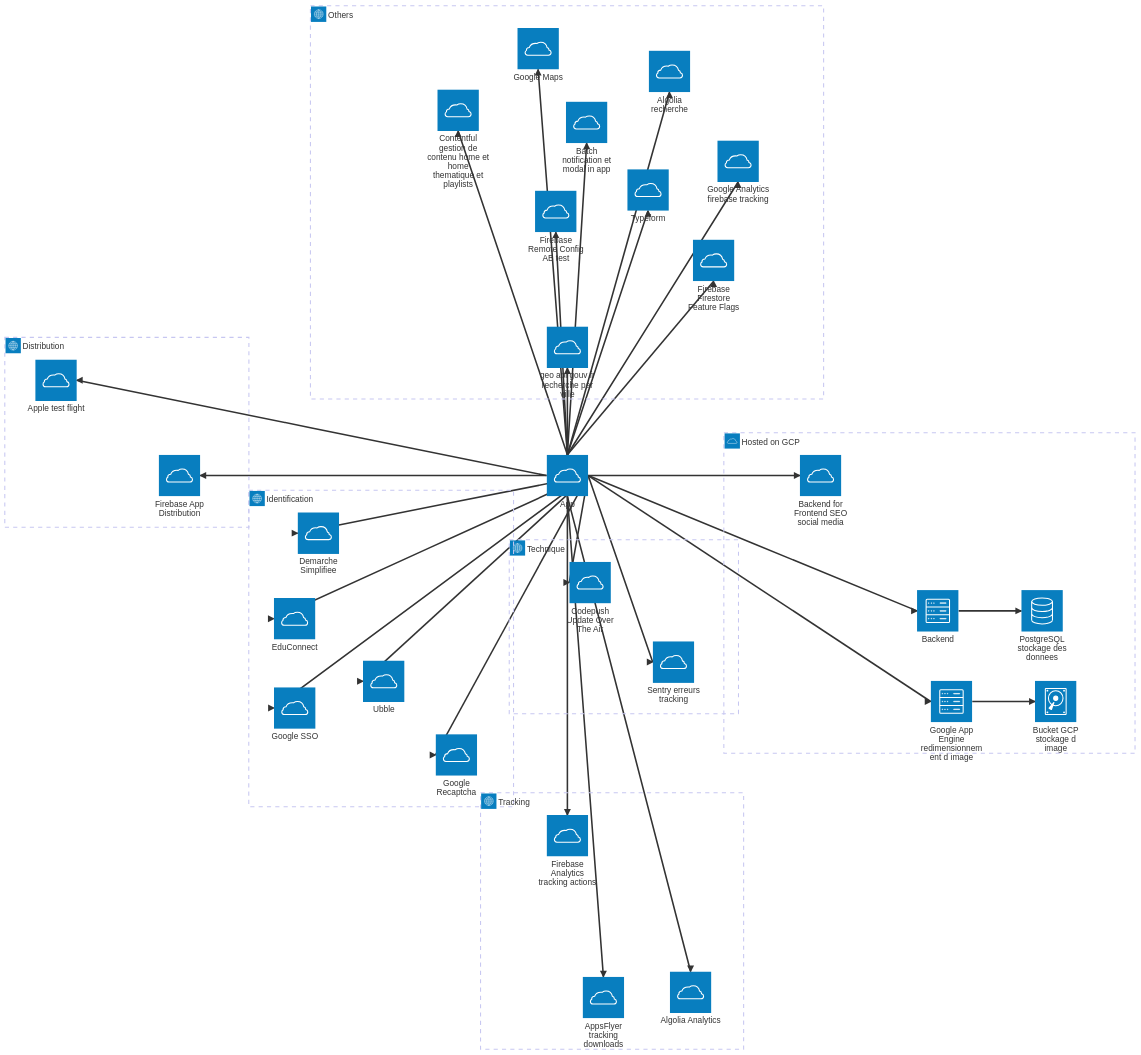
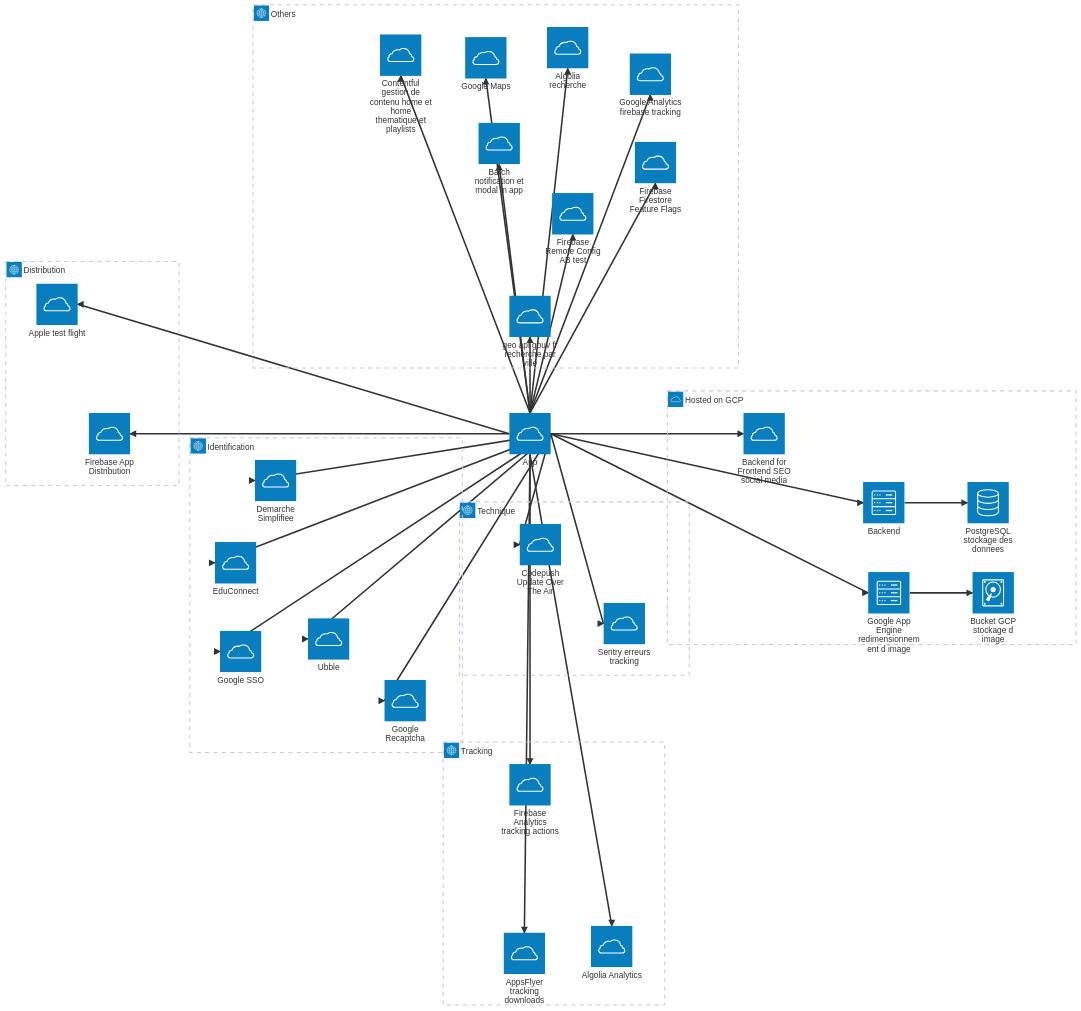
The second of 2 diagrams in doc/architecture/2_input-output-externe.md (pass-culture/pass-culture-app-native), drawn with Mermaid before and after one commit. The commit also changed other lines of this file and 2 other files, not shown here.

Commit message:
Remove last references to typeform

````diff
--- a/doc/architecture/2_input-output-externe.md
+++ b/doc/architecture/2_input-output-externe.md
@@ -50,77 +49,75 @@
 ```mermaid
 architecture-beta
   group technique(internet)[Technique]
   group distribution(internet)[Distribution]
   group identification(internet)[Identification]
   group tracking(internet)[Tracking]
   group hosted_on_GCP(cloud)[Hosted on GCP]
   group others(internet)[Others]
 
   service App(cloud)[App]
 
   service Google_Recaptcha(cloud)[Google Recaptcha] in identification
   service Ubble(cloud)[Ubble] in identification
   service Google(cloud)[Google SSO] in identification
   service Educonnect(cloud)[EduConnect] in identification
   service DMS(cloud)[Demarche Simplifiee] in identification
 
   App:R --> L:Google_Recaptcha
   App:R --> L:Ubble
   App:R --> L:Google
   App:R --> L:Educonnect
   App:R --> L:DMS
 
   service Algolia_Analytics(cloud)[Algolia Analytics] in tracking
   service AppsFlyer(cloud)[AppsFlyer tracking downloads] in tracking
   service Firebase_Analytics(cloud)[Firebase Analytics tracking actions] in tracking
 
   App:B --> T:Algolia_Analytics
   App:B --> T:AppsFlyer
   App:B --> T:Firebase_Analytics
 
   service Sentry(cloud)[Sentry erreurs tracking] in technique
   service Codepush(cloud)[Codepush Update Over The Air] in technique
 
   App:R --> L:Sentry
   App:R --> L:Codepush
 
   service Apple_TestFlight(cloud)[Apple test flight] in distribution
   service Firebase_App_Distribution(cloud)[Firebase App Distribution] in distribution
 
   App:L --> R:Apple_TestFlight
   App:L --> R:Firebase_App_Distribution
 
   service Firebase_Firestore(cloud)[Firebase Firestore Feature Flags] in others
   service Firebase_Remote_Config(cloud)[Firebase Remote Config AB test] in others
   service Google_Analytics(cloud)[Google Analytics firebase tracking] in others
   service Algolia(cloud)[Algolia recherche] in others
-  service typeform(cloud)[Typeform] in others
   service batch(cloud)[Batch notification et modal in app] in others
   service Google_Maps(cloud)[Google Maps] in others
   service Contentful(cloud)[Contentful gestion de contenu home et home thematique et playlists] in others
   service geo_api_gouv(cloud)[geo api gouv fr recherche par ville] in others
 
   App:T --> B:Firebase_Firestore
   App:T --> B:Firebase_Remote_Config
   App:T --> B:Google_Analytics
   App:T --> B:Algolia
-  App:T --> B:typeform
   App:T --> B:batch
   App:T --> B:Google_Maps
   App:T --> B:Contentful
   App:T --> B:geo_api_gouv
 
   service image_resize(server)[Google App Engine redimensionnement d image] in hosted_on_GCP
   service bucket_image(disk)[Bucket GCP stockage d image] in hosted_on_GCP
   App:R --> L:image_resize
   image_resize:R --> L:bucket_image
 
   service backend(server)[Backend] in hosted_on_GCP
   service Postgresql(database)[PostgreSQL stockage des donnees] in hosted_on_GCP
 
   App:R --> L:backend
   backend:R --> L:Postgresql
 
   service bff(cloud)[Backend for Frontend SEO social media] in hosted_on_GCP
   App:R --> L:bff
 ```
````
